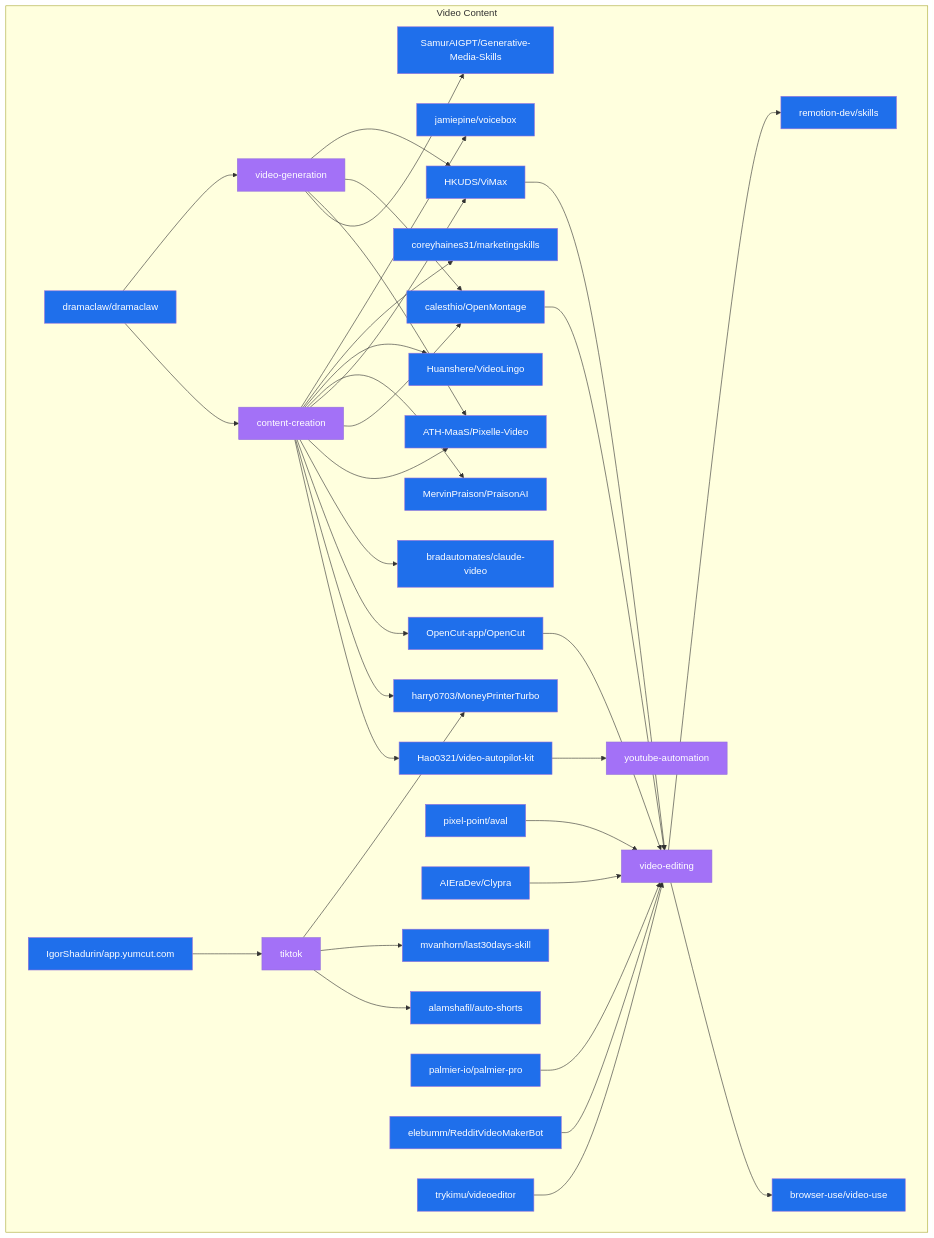
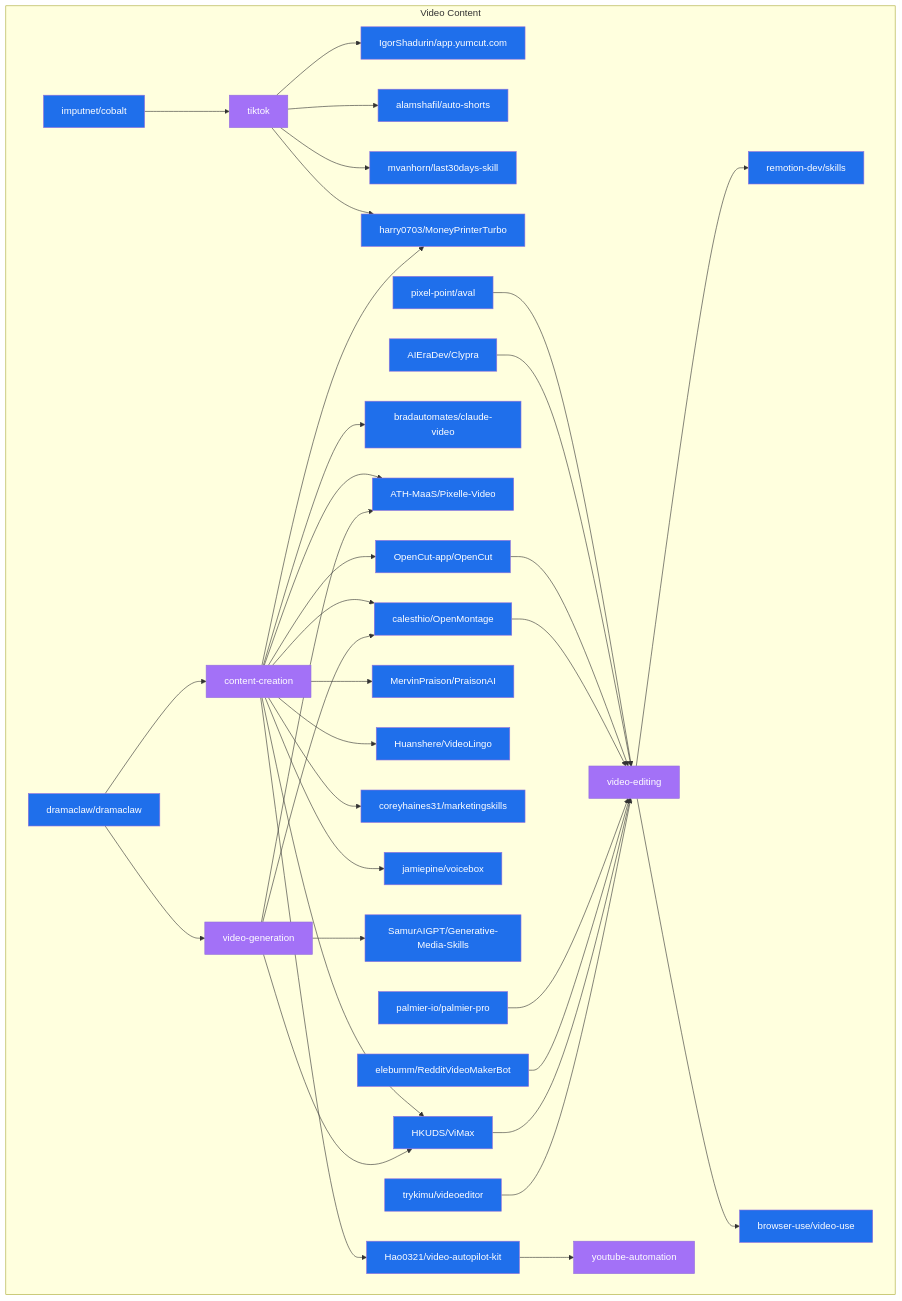
One commit to Meru143/star-graph changed the diagram in data/star_graph_video_content.mermaid. Above: the diagram before and after it, drawn with Mermaid. The commit also changed 15 other files, not shown here.

Commit message:
chore: weekly star graph update 2026-09-14

```diff
--- a/data/star_graph_video_content.mermaid
+++ b/data/star_graph_video_content.mermaid
@@ -1,68 +1,70 @@
 graph TD
   subgraph video_content ["Video Content"]
+    remotion_dev_skills["remotion-dev/skills"]:::repo
+    mvanhorn_last30days_skill["mvanhorn/last30days-skill"]:::repo
+    elebumm_RedditVideoMakerBot["elebumm/RedditVideoMakerBot"]:::repo
+    harry0703_MoneyPrinterTurbo["harry0703/MoneyPrinterTurbo"]:::repo
     calesthio_OpenMontage["calesthio/OpenMontage"]:::repo
-    jamiepine_voicebox["jamiepine/voicebox"]:::repo
-    IgorShadurin_app_yumcut_com["IgorShadurin/app.yumcut.com"]:::repo
-    remotion_dev_skills["remotion-dev/skills"]:::repo
-    tiktok["tiktok"]:::topic
-    video_editing["video-editing"]:::topic
-    pixel_point_aval["pixel-point/aval"]:::repo
-    HKUDS_ViMax["HKUDS/ViMax"]:::repo
+    imputnet_cobalt["imputnet/cobalt"]:::repo
+    palmier_io_palmier_pro["palmier-io/palmier-pro"]:::repo
     OpenCut_app_OpenCut["OpenCut-app/OpenCut"]:::repo
-    mvanhorn_last30days_skill["mvanhorn/last30days-skill"]:::repo
-    alamshafil_auto_shorts["alamshafil/auto-shorts"]:::repo
-    palmier_io_palmier_pro["palmier-io/palmier-pro"]:::repo
-    coreyhaines31_marketingskills["coreyhaines31/marketingskills"]:::repo
-    Hao0321_video_autopilot_kit["Hao0321/video-autopilot-kit"]:::repo
-    Huanshere_VideoLingo["Huanshere/VideoLingo"]:::repo
-    dramaclaw_dramaclaw["dramaclaw/dramaclaw"]:::repo
-    browser_use_video_use["browser-use/video-use"]:::repo
     trykimu_videoeditor["trykimu/videoeditor"]:::repo
     content_creation["content-creation"]:::topic
+    HKUDS_ViMax["HKUDS/ViMax"]:::repo
+    AIEraDev_Clypra["AIEraDev/Clypra"]:::repo
+    tiktok["tiktok"]:::topic
+    video_generation["video-generation"]:::topic
+    video_editing["video-editing"]:::topic
+    coreyhaines31_marketingskills["coreyhaines31/marketingskills"]:::repo
+    browser_use_video_use["browser-use/video-use"]:::repo
+    Hao0321_video_autopilot_kit["Hao0321/video-autopilot-kit"]:::repo
+    jamiepine_voicebox["jamiepine/voicebox"]:::repo
+    MervinPraison_PraisonAI["MervinPraison/PraisonAI"]:::repo
+    alamshafil_auto_shorts["alamshafil/auto-shorts"]:::repo
+    dramaclaw_dramaclaw["dramaclaw/dramaclaw"]:::repo
+    bradautomates_claude_video["bradautomates/claude-video"]:::repo
+    Huanshere_VideoLingo["Huanshere/VideoLingo"]:::repo
+    pixel_point_aval["pixel-point/aval"]:::repo
+    ATH_MaaS_Pixelle_Video["ATH-MaaS/Pixelle-Video"]:::repo
+    IgorShadurin_app_yumcut_com["IgorShadurin/app.yumcut.com"]:::repo
+    youtube_automation["youtube-automation"]:::topic
     SamurAIGPT_Generative_Media_Skills["SamurAIGPT/Generative-Media-Skills"]:::repo
-    MervinPraison_PraisonAI["MervinPraison/PraisonAI"]:::repo
-    video_generation["video-generation"]:::topic
-    harry0703_MoneyPrinterTurbo["harry0703/MoneyPrinterTurbo"]:::repo
-    bradautomates_claude_video["bradautomates/claude-video"]:::repo
-    AIEraDev_Clypra["AIEraDev/Clypra"]:::repo
-    ATH_MaaS_Pixelle_Video["ATH-MaaS/Pixelle-Video"]:::repo
-    youtube_automation["youtube-automation"]:::topic
-    elebumm_RedditVideoMakerBot["elebumm/RedditVideoMakerBot"]:::repo
   end
+  imputnet_cobalt --> tiktok
+  tiktok --> IgorShadurin_app_yumcut_com
+  tiktok --> alamshafil_auto_shorts
+  tiktok --> mvanhorn_last30days_skill
+  tiktok --> harry0703_MoneyPrinterTurbo
   dramaclaw_dramaclaw --> content_creation
   dramaclaw_dramaclaw --> video_generation
   content_creation --> Hao0321_video_autopilot_kit
   content_creation --> harry0703_MoneyPrinterTurbo
   content_creation --> OpenCut_app_OpenCut
   content_creation --> bradautomates_claude_video
   content_creation --> ATH_MaaS_Pixelle_Video
   content_creation --> calesthio_OpenMontage
   content_creation --> HKUDS_ViMax
   content_creation --> MervinPraison_PraisonAI
   content_creation --> Huanshere_VideoLingo
   content_creation --> coreyhaines31_marketingskills
   content_creation --> jamiepine_voicebox
   video_generation --> SamurAIGPT_Generative_Media_Skills
   video_generation --> ATH_MaaS_Pixelle_Video
   video_generation --> calesthio_OpenMontage
   video_generation --> HKUDS_ViMax
   pixel_point_aval --> video_editing
   AIEraDev_Clypra --> video_editing
   Hao0321_video_autopilot_kit --> youtube_automation
   OpenCut_app_OpenCut --> video_editing
-  IgorShadurin_app_yumcut_com --> tiktok
-  tiktok --> alamshafil_auto_shorts
-  tiktok --> mvanhorn_last30days_skill
-  tiktok --> harry0703_MoneyPrinterTurbo
   calesthio_OpenMontage --> video_editing
   palmier_io_palmier_pro --> video_editing
   elebumm_RedditVideoMakerBot --> video_editing
   HKUDS_ViMax --> video_editing
   trykimu_videoeditor --> video_editing
   video_editing --> browser_use_video_use
   video_editing --> remotion_dev_skills
   classDef repo fill:#1f6feb,color:#fff;
   classDef topic fill:#a371f7,color:#fff;
   classDef technology fill:#3fb950,color:#fff;
   classDef use_case fill:#d29922,color:#fff;
   classDef architecture fill:#f85149,color:#fff;
```
